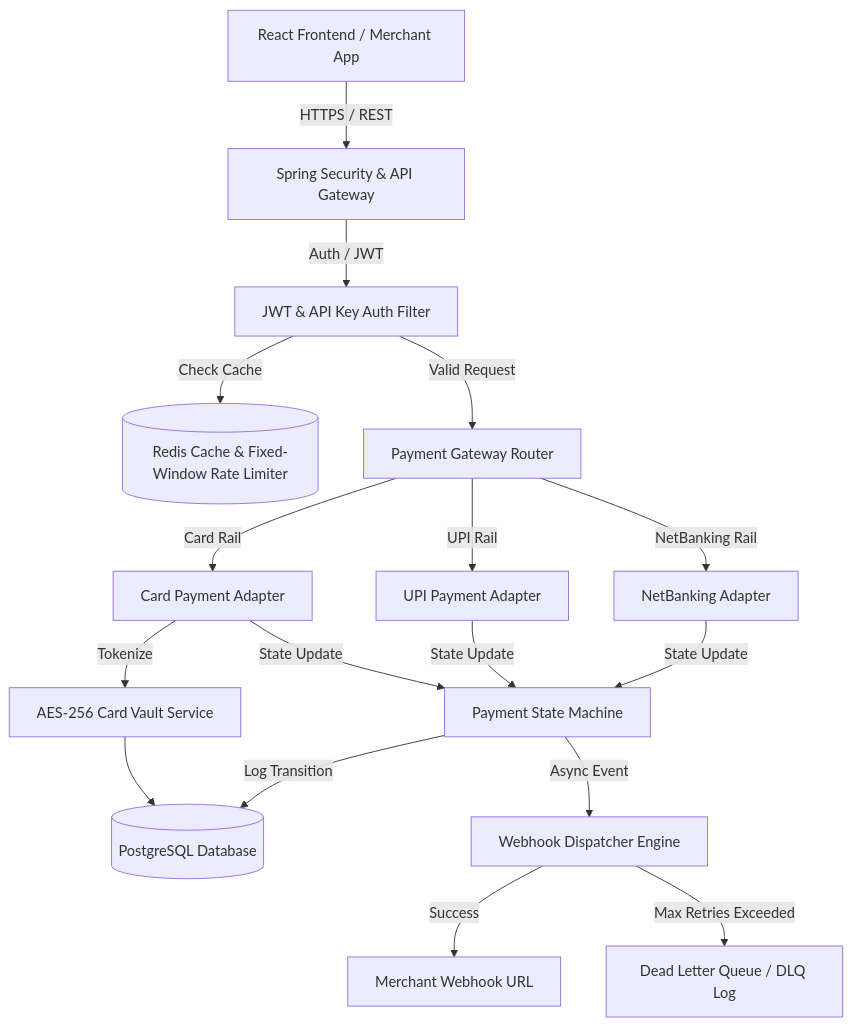
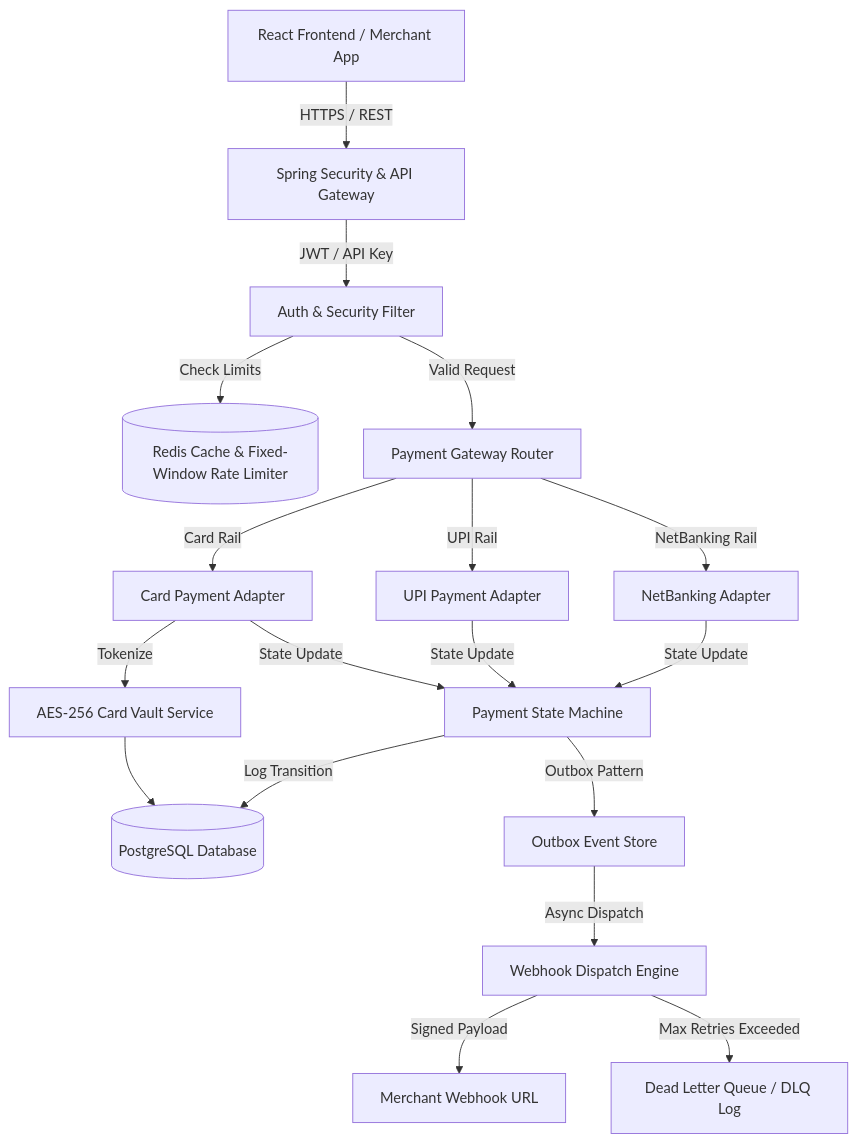
Before and after one commit to rayshivam30/RazorPay-Clone: the first of 3 diagrams in README.md, drawn with Mermaid. The commit also changed other lines of this file, not shown here.

Commit message:
docs: update README with architecture diagrams, sequence flows, ER diagram, and verified feature checklist

````diff
--- a/README.md
+++ b/README.md
@@ -33,22 +35,23 @@
 ```mermaid
 graph TD
     Client[React Frontend / Merchant App] -->|HTTPS / REST| Gateway[Spring Security & API Gateway]
-    Gateway -->|Auth / JWT| AuthFilter[JWT & API Key Auth Filter]
-    AuthFilter -->|Check Cache| Redis[(Redis Cache & Fixed-Window Rate Limiter)]
+    Gateway -->|JWT / API Key| AuthFilter[Auth & Security Filter]
+    AuthFilter -->|Check Limits| Redis[(Redis Cache & Fixed-Window Rate Limiter)]
     
     AuthFilter -->|Valid Request| Router[Payment Gateway Router]
     
     Router -->|Card Rail| CardAdapter[Card Payment Adapter]
     Router -->|UPI Rail| UPIAdapter[UPI Payment Adapter]
     Router -->|NetBanking Rail| NBAdapter[NetBanking Adapter]
     
     CardAdapter -->|Tokenize| Vault[AES-256 Card Vault Service]
     Vault --> DB[(PostgreSQL Database)]
     
     CardAdapter & UPIAdapter & NBAdapter -->|State Update| StateMachine[Payment State Machine]
     StateMachine -->|Log Transition| DB
+    StateMachine -->|Outbox Pattern| Outbox[Outbox Event Store]
     
-    StateMachine -->|Async Event| WebhookEngine[Webhook Dispatcher Engine]
-    WebhookEngine -->|Success| MerchantEndpoint[Merchant Webhook URL]
+    Outbox -->|Async Dispatch| WebhookEngine[Webhook Dispatch Engine]
+    WebhookEngine -->|Signed Payload| MerchantEndpoint[Merchant Webhook URL]
     WebhookEngine -->|Max Retries Exceeded| DLQ[Dead Letter Queue / DLQ Log]
 ```
````
